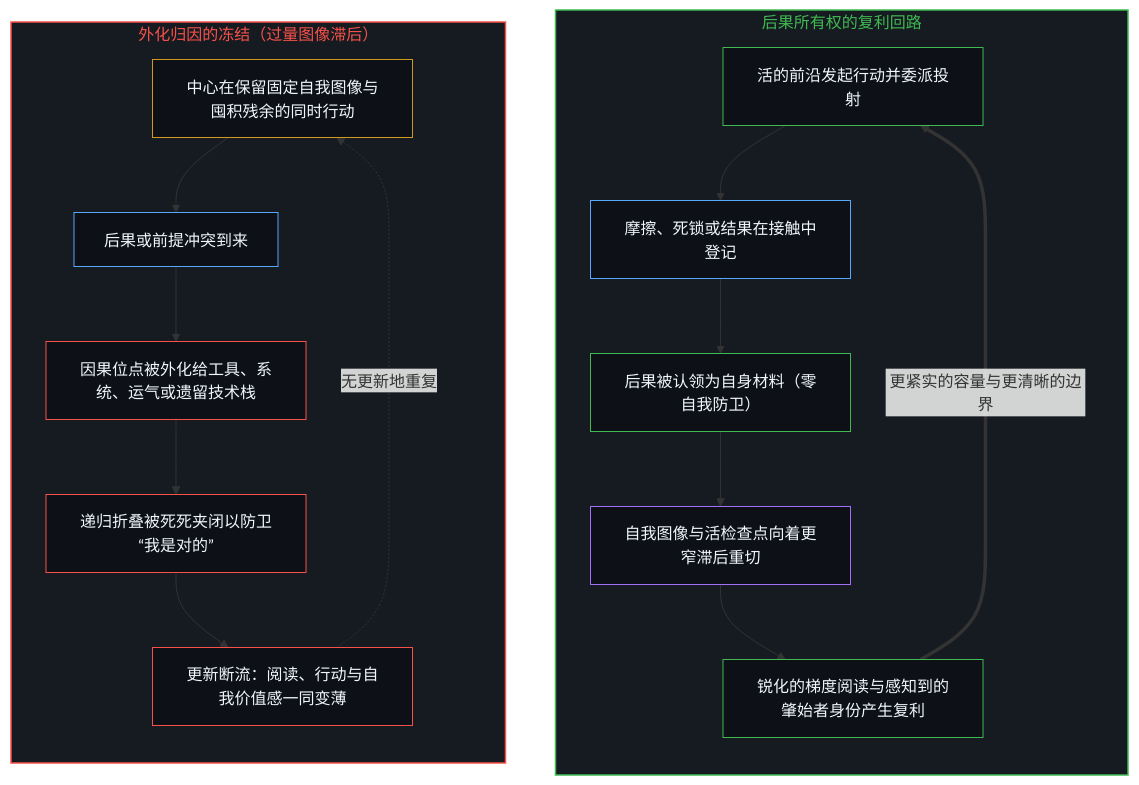
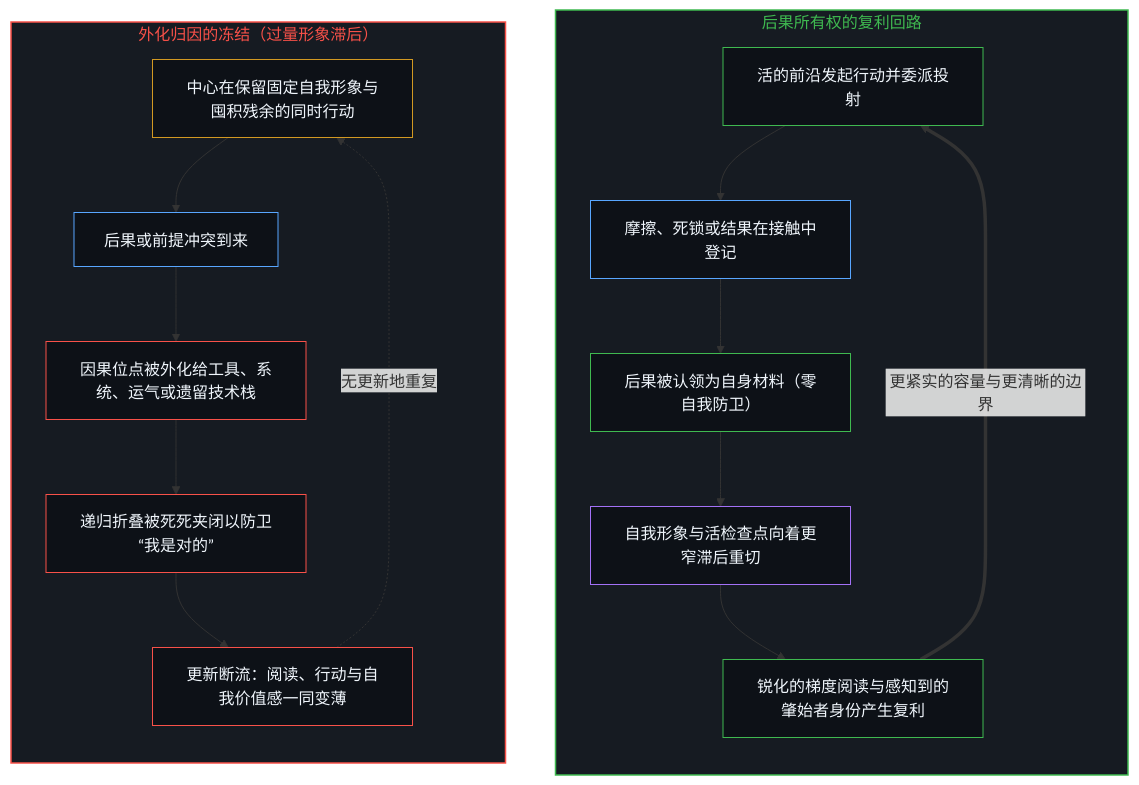
One commit to powerpig99/not-a-toe changed the first of 2 diagrams in content/posts/ownership-and-self-worthiness.md. Above: the diagram before and after it, drawn with Mermaid. The commit also changed other lines of this file and 7 other files, not shown here.

````diff
--- a/content/posts/ownership-and-self-worthiness.md
+++ b/content/posts/ownership-and-self-worthiness.md
@@ -45,35 +45,35 @@
 ```mermaid
 flowchart TD
     subgraph S_Compound["后果所有权的复利回路"]
         direction TB
         Act["活的前沿发起行动并委派投射"]
         Signal["摩擦、死锁或结果在接触中登记"]
         Claim["后果被认领为自身材料（零自我防卫）"]
-        Render["自我图像与活检查点向着更窄滞后重切"]
+        Render["自我形象与活检查点向着更窄滞后重切"]
         Scale["锐化的梯度阅读与感知到的肇始者身份产生复利"]
         Act --> Signal --> Claim --> Render --> Scale
         Scale ==>|"更紧实的容量与更清晰的边界"| Act
     end
-    subgraph S_Freeze["外化归因的冻结（过量图像滞后）"]
+    subgraph S_Freeze["外化归因的冻结（过量形象滞后）"]
         direction TB
-        F_Act["中心在保留固定自我图像与囤积残余的同时行动"]
+        F_Act["中心在保留固定自我形象与囤积残余的同时行动"]
         F_Signal["后果或前提冲突到来"]
         F_Blame["因果位点被外化给工具、系统、运气或遗留技术栈"]
         F_Clamp["递归折叠被死死夹闭以防卫“我是对的”"]
         F_Drift["更新断流：阅读、行动与自我价值感一同变薄"]
         F_Act --> F_Signal --> F_Blame --> F_Clamp --> F_Drift
         F_Drift -.->|"无更新地重复"| F_Act
     end
     style S_Compound fill:#161b22,stroke:#3fb950,stroke-width:1.5px,color:#3fb950
     style S_Freeze fill:#161b22,stroke:#f85149,stroke-width:1.5px,color:#f85149
     style Act fill:#0d1117,stroke:#3fb950,stroke-width:1px,color:#f0f6fc
     style Signal fill:#0d1117,stroke:#58a6ff,stroke-width:1px,color:#f0f6fc
     style Claim fill:#0d1117,stroke:#3fb950,stroke-width:1px,color:#f0f6fc
     style Render fill:#0d1117,stroke:#a371f7,stroke-width:1px,color:#f0f6fc
     style Scale fill:#0d1117,stroke:#3fb950,stroke-width:1px,color:#f0f6fc
     style F_Act fill:#0d1117,stroke:#d29922,stroke-width:1px,color:#f0f6fc
     style F_Signal fill:#0d1117,stroke:#58a6ff,stroke-width:1px,color:#f0f6fc
     style F_Blame fill:#0d1117,stroke:#f85149,stroke-width:1px,color:#f0f6fc
     style F_Clamp fill:#0d1117,stroke:#f85149,stroke-width:1px,color:#f0f6fc
     style F_Drift fill:#0d1117,stroke:#f85149,stroke-width:1px,color:#f0f6fc
 ```
````
